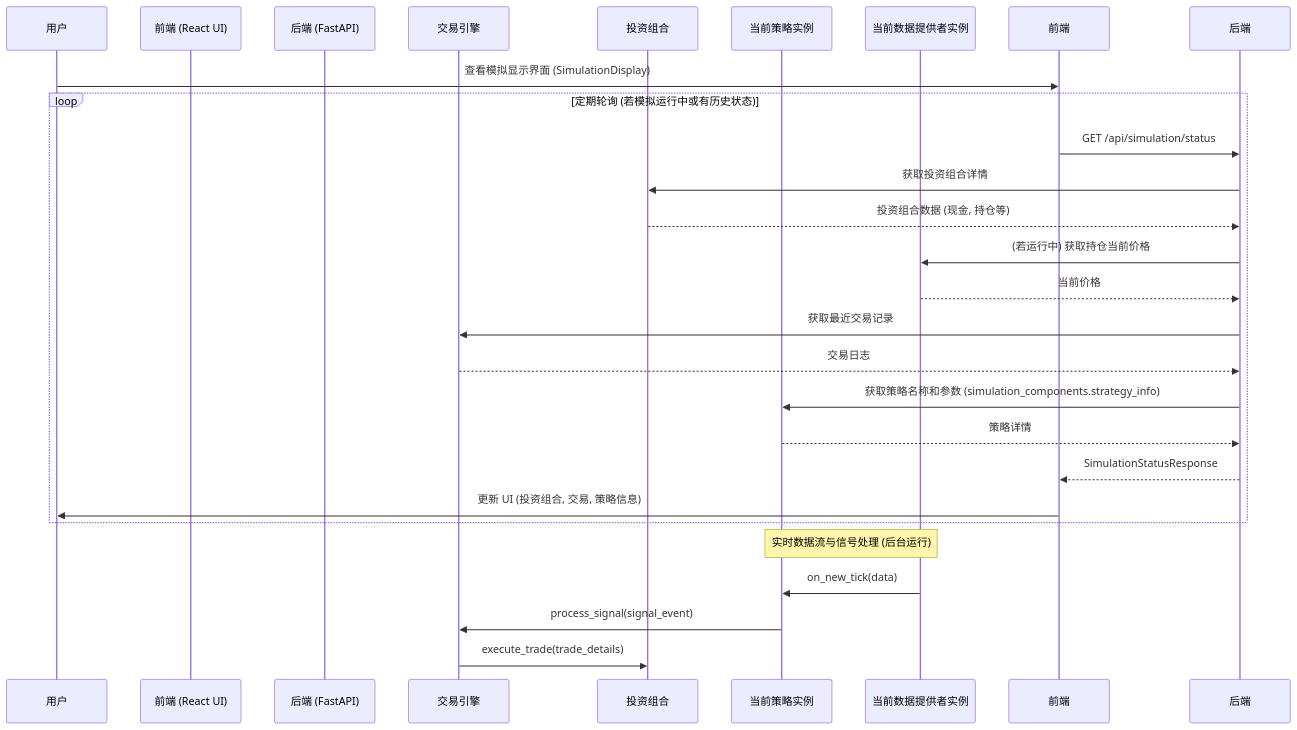
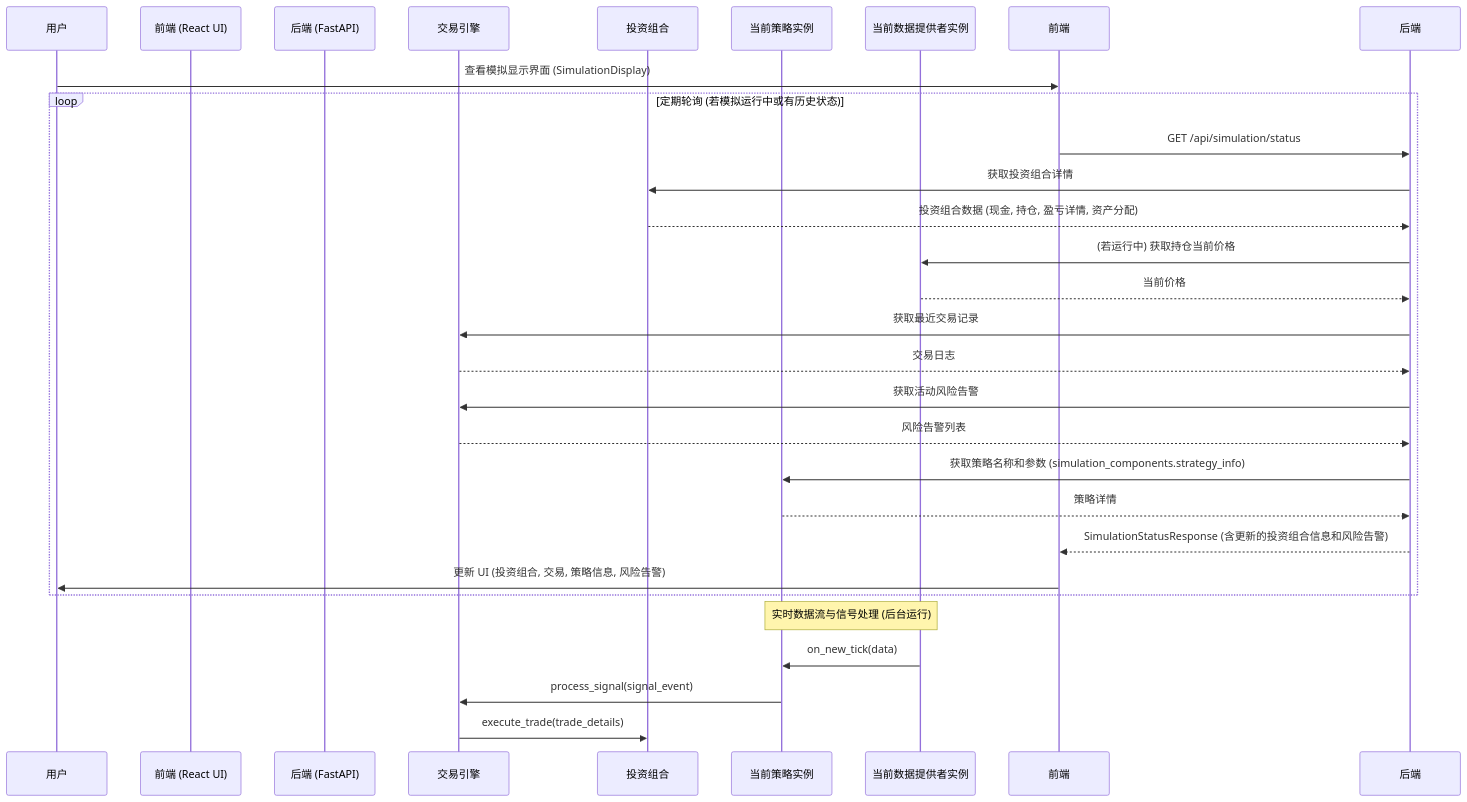
Before and after one commit to keyboard3/trading: the first of 2 diagrams in .cursor/rules/project_architecture.mdc, drawn with Mermaid. The commit also changed other lines of this file and 13 other files, not shown here.

````diff
--- a/.cursor/rules/project_architecture.mdc
+++ b/.cursor/rules/project_architecture.mdc
@@ -71,30 +72,32 @@
 ```mermaid
 sequenceDiagram
     participant 用户
     participant 前端 (React UI)
     participant 后端 (FastAPI)
     participant 交易引擎
     participant 投资组合
     participant 当前策略实例
     participant 当前数据提供者实例
 
     用户->>前端: 查看模拟显示界面 (SimulationDisplay)
     loop 定期轮询 (若模拟运行中或有历史状态)
         前端->>后端: GET /api/simulation/status
         后端->>投资组合: 获取投资组合详情
-        投资组合-->>后端: 投资组合数据 (现金, 持仓等)
+        投资组合-->>后端: 投资组合数据 (现金, 持仓, 盈亏详情, 资产分配)
         后端->>当前数据提供者实例: (若运行中) 获取持仓当前价格
         当前数据提供者实例-->>后端: 当前价格
         后端->>交易引擎: 获取最近交易记录
         交易引擎-->>后端: 交易日志
+        后端->>交易引擎: 获取活动风险告警
+        交易引擎-->>后端: 风险告警列表
         后端->>当前策略实例: 获取策略名称和参数 (simulation_components.strategy_info)
         当前策略实例-->>后端: 策略详情
-        后端-->>前端: SimulationStatusResponse
-        前端->>用户: 更新 UI (投资组合, 交易, 策略信息)
+        后端-->>前端: SimulationStatusResponse (含更新的投资组合信息和风险告警)
+        前端->>用户: 更新 UI (投资组合, 交易, 策略信息, 风险告警)
     end
 
     Note over 当前数据提供者实例, 当前策略实例: 实时数据流与信号处理 (后台运行)
     当前数据提供者实例->>当前策略实例: on_new_tick(data)
     当前策略实例->>交易引擎: process_signal(signal_event)
     交易引擎->>投资组合: execute_trade(trade_details)
 ```
````
